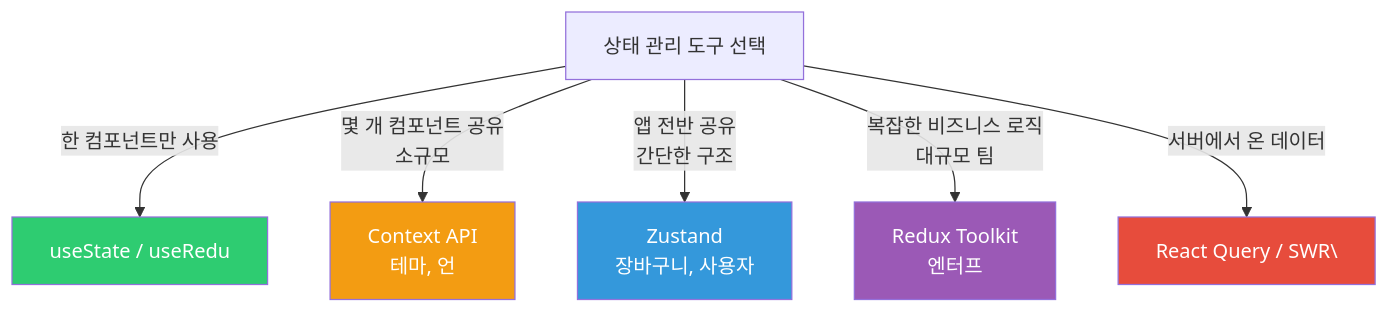
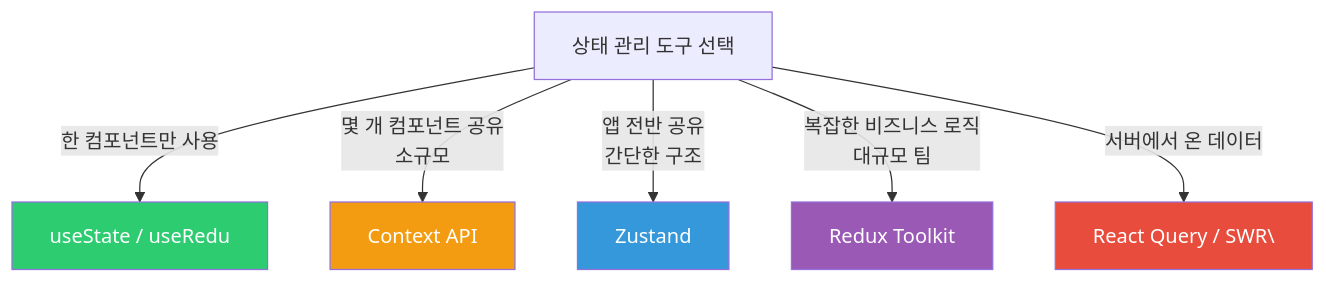
Before and after one commit to yjkim2015/yjkim2015.github.io: the fourth of 5 diagrams in _posts/frontend/2026-05-01-react.md, drawn with Mermaid. The commit also changed other lines of this file and 217 other files, not shown here.

First line of the commit message:
Mermaid 크기 수정: useMaxWidth:true + SVG max-width:100% + 라벨 축소

````diff
--- a/_posts/frontend/2026-05-01-react.md
+++ b/_posts/frontend/2026-05-01-react.md
@@ -378,14 +378,14 @@
 ```mermaid
 flowchart TD
     Q["상태 관리 도구 선택"]
     Q -->|"한 컴포넌트만 사용"| US["useState / useRedu"]
-    Q -->|"몇 개 컴포넌트 공유\n소규모"| CTX["Context API\n테마, 언"]
-    Q -->|"앱 전반 공유\n간단한 구조"| ZS["Zustand\n장바구니, 사용자"]
-    Q -->|"복잡한 비즈니스 로직\n대규모 팀"| RDX["Redux Toolkit\n엔터프"]
+    Q -->|"몇 개 컴포넌트 공유\n소규모"| CTX["Context API"]
+    Q -->|"앱 전반 공유\n간단한 구조"| ZS["Zustand"]
+    Q -->|"복잡한 비즈니스 로직\n대규모 팀"| RDX["Redux Toolkit"]
     Q -->|"서버에서 온 데이터"| RQ["React Query / SWR\"]
     style US fill:#2ecc71,color:#fff
     style CTX fill:#f39c12,color:#fff
     style ZS fill:#3498db,color:#fff
     style RDX fill:#9b59b6,color:#fff
     style RQ fill:#e74c3c,color:#fff
 ```
````
